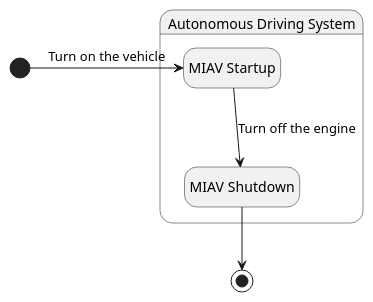
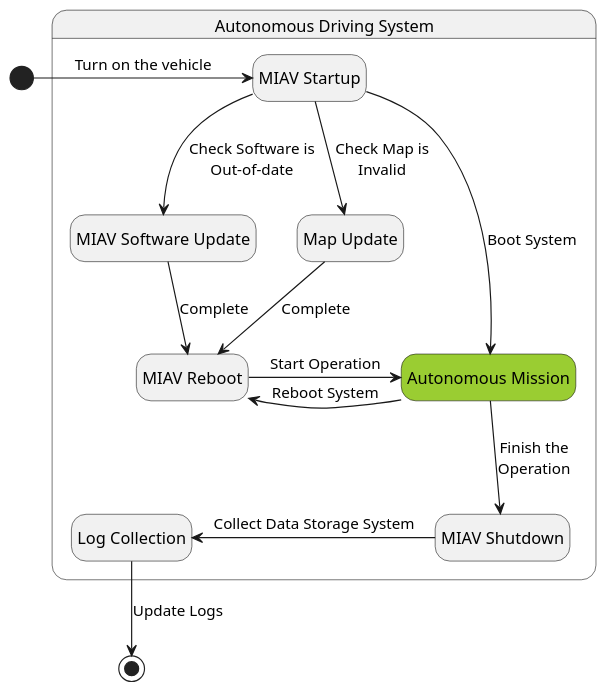
Before and after one commit to leo-drive/reference_design_diagrams: the diagram in robotaxi/service_features/overview/autonomous_driving_system.wsd, drawn with PlantUML.

Commit message:
modify autonomous driving system flow diagram

```diff
--- a/robotaxi/service_features/overview/autonomous_driving_system.wsd
+++ b/robotaxi/service_features/overview/autonomous_driving_system.wsd
@@ -1,15 +1,30 @@
 @startuml
+scale 600 width
 hide empty description
 
 state "Autonomous Driving System" as AutonomousDrivingSystem
 state AutonomousDrivingSystem {
     state "MIAV Startup" as MIAVStartup
     state "MIAV Shutdown" as MIAVShutdown
+    state "MIAV Reboot" as MIAVReboot
+    state "MIAV Software Update" as MIAVSoftwareUpdate
+    state "Map Update" as MapUpdate
+    state "Log Collection" as LogCollection
+    state "Autonomous Mission" as AutonomousMission #YellowGreen
+
 }
 
 
 [*] -right-> MIAVStartup : Turn on the vehicle
-MIAVStartup --> MIAVShutdown: Turn off the engine
-MIAVShutdown --> [*]
+MIAVStartup -right-> AutonomousMission : Boot System
+MIAVStartup --> MapUpdate : Check Map is\nInvalid
+MIAVStartup --> MIAVSoftwareUpdate : Check Software is\nOut-of-date
+MapUpdate --> MIAVReboot : Complete
+MIAVSoftwareUpdate --> MIAVReboot : Complete
+MIAVReboot -right-> AutonomousMission : Start Operation
+AutonomousMission -left-> MIAVReboot : Reboot System
+AutonomousMission --> MIAVShutdown : Finish the\nOperation
+MIAVShutdown -left-> LogCollection : Collect Data Storage System
+LogCollection --> [*] : Update Logs
 
 @enduml
```
